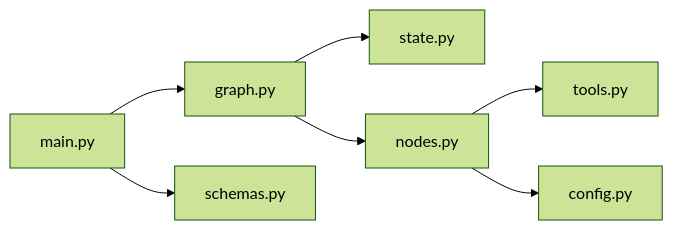
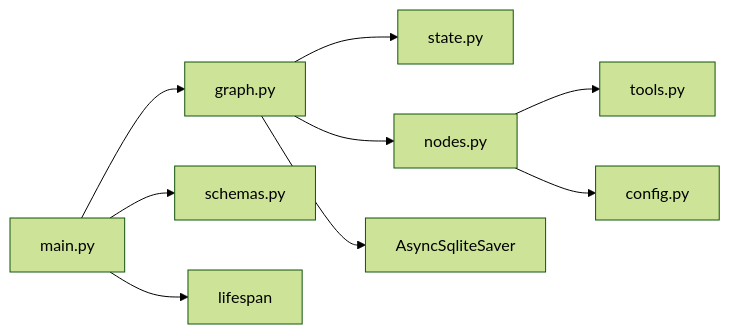
One commit to sundew26/agent-week3 changed the fourth of 4 diagrams in .qoder/repowiki/zh/content/系统架构/后端架构/LangGraph 工作流引擎.md. Above: the diagram before and after it, drawn with Mermaid (forest theme). The commit also changed other lines of this file and 8 other files, not shown here.

````diff
--- a/.qoder/repowiki/zh/content/系统架构/后端架构/LangGraph 工作流引擎.md
+++ b/.qoder/repowiki/zh/content/系统架构/后端架构/LangGraph 工作流引擎.md
@@ -229,9 +268,11 @@
 ```mermaid
 graph LR
 Main["main.py"] --> Graph["graph.py"]
 Graph --> State["state.py"]
 Graph --> Nodes["nodes.py"]
 Nodes --> Tools["tools.py"]
 Nodes --> Config["config.py"]
 Main --> Schemas["schemas.py"]
+Graph --> Checkpoint["AsyncSqliteSaver"]
+Main --> Lifespan["lifespan"]
 ```
````
